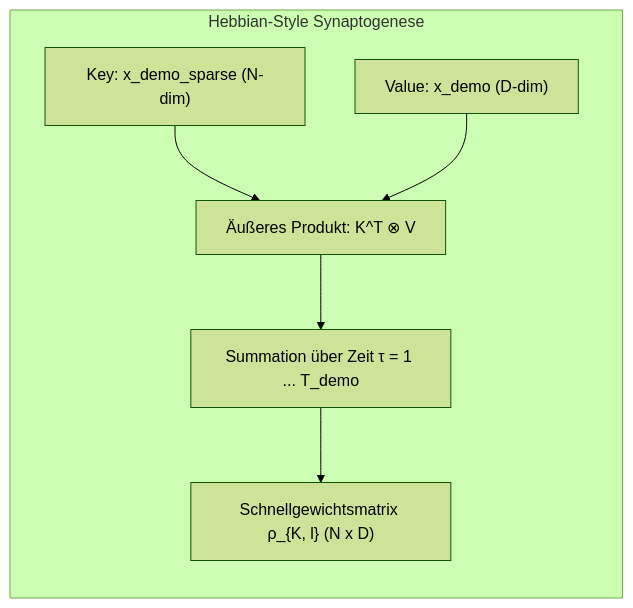
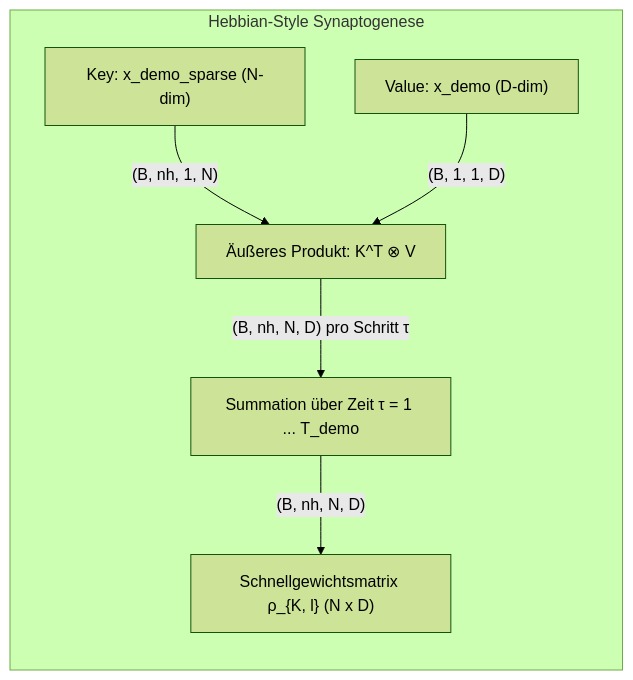
Before and after one commit to eberlful/BDH: the first of 2 diagrams in docs/obsidian/BDH/Konzepte/Assoziatives Gedächtnis & Fast-Weights.md, drawn with Mermaid (forest theme). The commit also changed other lines of this file and 14 other files, not shown here.

````diff
--- a/docs/obsidian/BDH/Konzepte/Assoziatives Gedächtnis & Fast-Weights.md
+++ b/docs/obsidian/BDH/Konzepte/Assoziatives Gedächtnis & Fast-Weights.md
@@ -43,11 +43,9 @@
 ```mermaid
 graph LR
     subgraph "Hebbian-Style Synaptogenese"
-        K["Key: x_demo_sparse (N-dim)"]
-        V["Value: x_demo (D-dim)"]
-        K --> Outer["Äußeres Produkt: K^T ⊗ V"]
-        V --> Outer
-        Outer --> Accum["Summation über Zeit τ = 1 ... T_demo"]
-        Accum --> Rho["Schnellgewichtsmatrix ρ_{K, l} (N x D)"]
+        K["Key: x_demo_sparse (N-dim)"] -->|"(B, nh, 1, N)"| Outer["Äußeres Produkt: K^T ⊗ V"]
+        V["Value: x_demo (D-dim)"] -->|"(B, 1, 1, D)"| Outer
+        Outer -->|"(B, nh, N, D) pro Schritt τ"| Accum["Summation über Zeit τ = 1 ... T_demo"]
+        Accum -->|"(B, nh, N, D)"| Rho["Schnellgewichtsmatrix ρ_{K, l} (N x D)"]
     end
 ```
````
